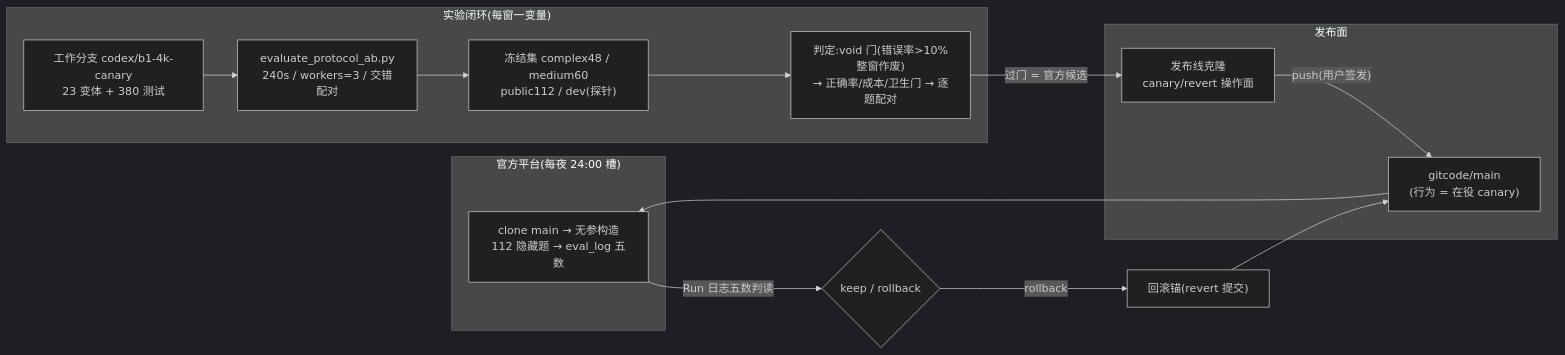
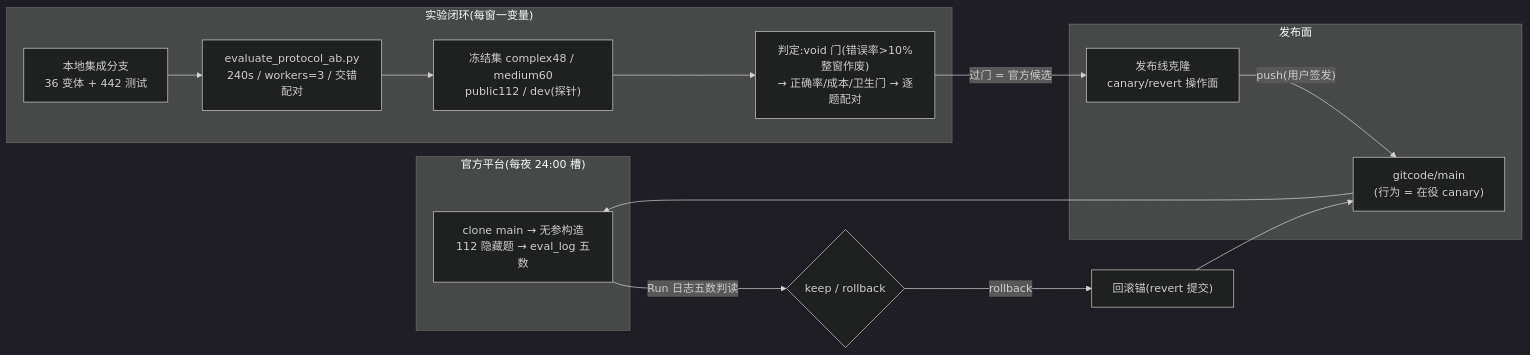
The second of 2 diagrams in README.md (RUSS0718/Challenge-Cup-2026), drawn with Mermaid (dark theme) before and after one commit. The commit also changed other lines of this file and 17 other files, not shown here.

````diff
--- a/README.md
+++ b/README.md
@@ -47,21 +48,21 @@
 ```mermaid
 flowchart LR
     subgraph official["官方平台(每夜 24:00 槽)"]
         judge["clone main → 无参构造<br/>112 隐藏题 → eval_log 五数"]
     end
     subgraph deploy["发布面"]
         gitcode["gitcode/main<br/>(行为 = 在役 canary)"]
         release["发布线克隆<br/>canary/revert 操作面"]
     end
     subgraph loop["实验闭环(每窗一变量)"]
-        branch["工作分支 codex/b1-4k-canary<br/>23 变体 + 380 测试"]
+        branch["本地集成分支<br/>36 变体 + 442 测试"]
         runner["evaluate_protocol_ab.py<br/>240s / workers=3 / 交错配对"]
         sets["冻结集 complex48 / medium60<br/>public112 / dev(探针)"]
         judge2["判定:void 门(错误率>10%整窗作废)<br/>→ 正确率/成本/卫生门 → 逐题配对"]
     end
     branch --> runner --> sets --> judge2
     judge2 -->|"过门 = 官方候选"| release
     release -->|"push(用户签发)"| gitcode --> judge
     judge -->|"Run 日志五数判读"| decision{"keep / rollback"}
     decision -->|"rollback"| anchor["回滚锚(revert 提交)"] --> gitcode
 ```
````
